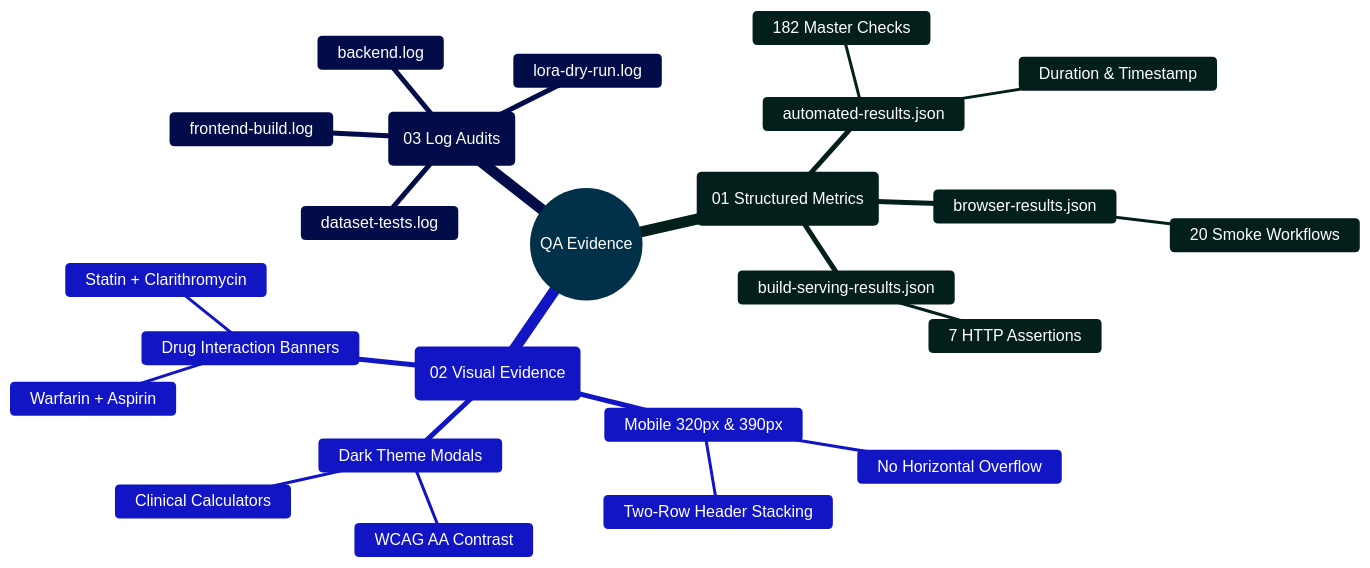
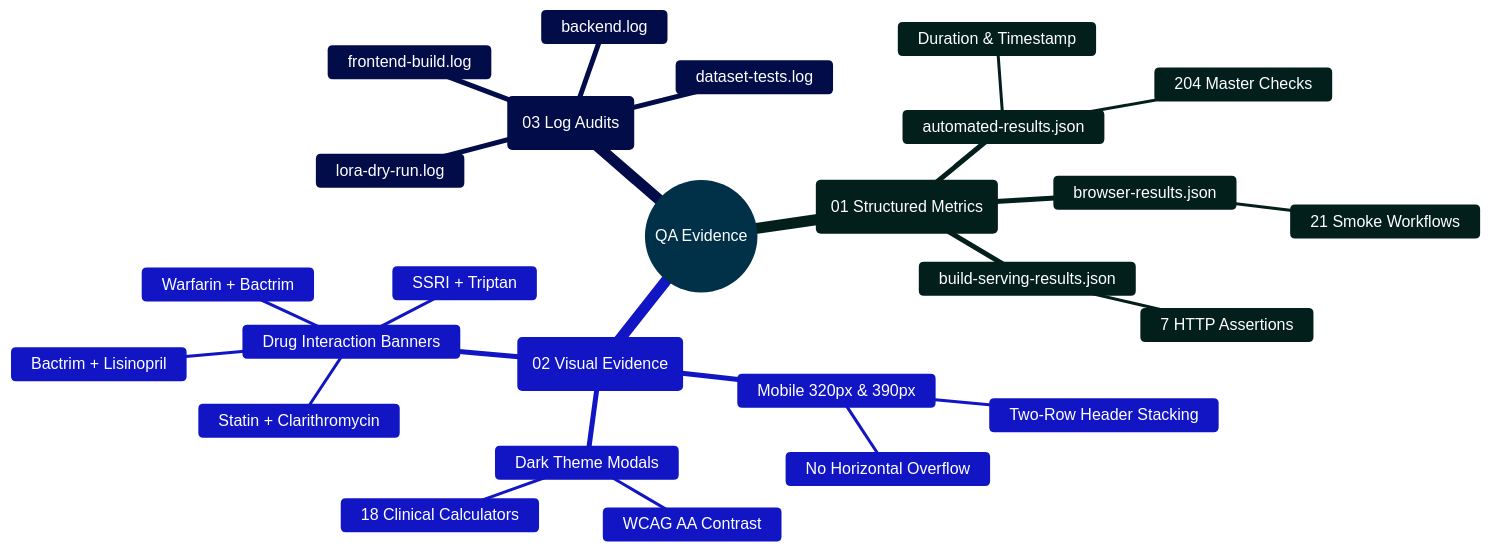
One commit to Ganesh172919/React-App-LLM changed the diagram in output/qa/README.md. Above: the diagram before and after it, drawn with Mermaid. The commit also changed other lines of this file and 19 other files, not shown here.

Commit message:
docs: synchronize complete production documentation across 20 files with 19 DDI rules, 18 clinical tools, and 206 automated checks

````diff
--- a/output/qa/README.md
+++ b/output/qa/README.md
@@ -43,29 +43,31 @@
 ```mermaid
 %%{init: {'theme': 'base', 'themeVariables': { 'primaryColor': '#0284c7', 'primaryTextColor': '#ffffff', 'primaryBorderColor': '#0369a1', 'lineColor': '#0284c7', 'secondaryColor': '#0d9488', 'tertiaryColor': '#6366f1' }}}%%
 mindmap
   root((QA Evidence))
     ::icon(fa fa-clipboard-check)
     (01 Structured Metrics)
       automated-results.json
-        182 Master Checks
+        204 Master Checks
         Duration & Timestamp
       browser-results.json
-        20 Smoke Workflows
+        21 Smoke Workflows
       build-serving-results.json
         7 HTTP Assertions
     (02 Visual Evidence)
       Mobile 320px & 390px
         No Horizontal Overflow
         Two-Row Header Stacking
       Dark Theme Modals
         WCAG AA Contrast
-        Clinical Calculators
+        18 Clinical Calculators
       Drug Interaction Banners
-        Warfarin + Aspirin
+        Warfarin + Bactrim
+        SSRI + Triptan
+        Bactrim + Lisinopril
         Statin + Clarithromycin
     (03 Log Audits)
       backend.log
       frontend-build.log
       dataset-tests.log
       lora-dry-run.log
 ```
````
